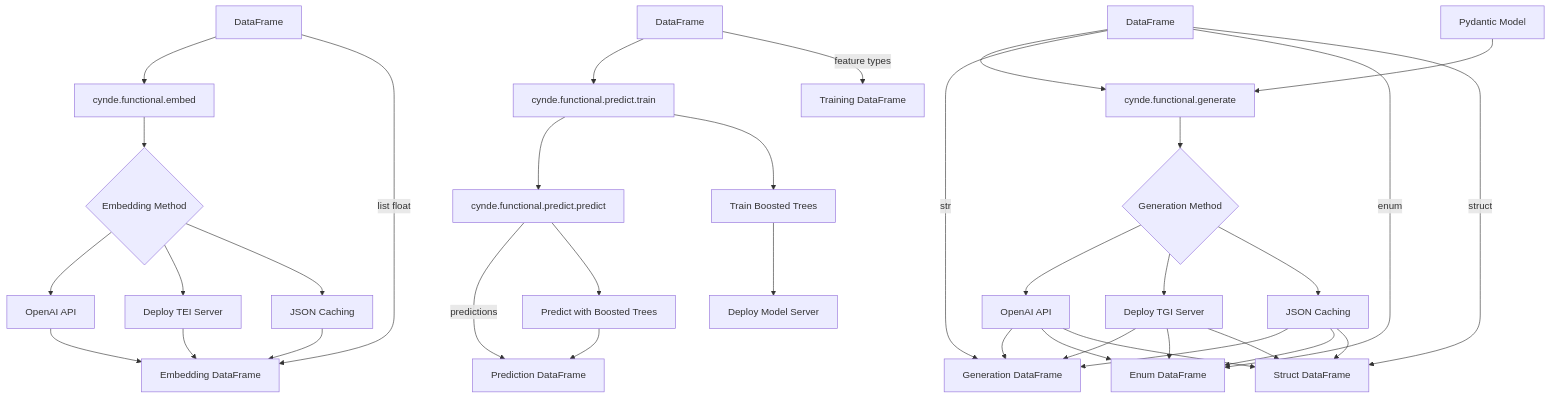
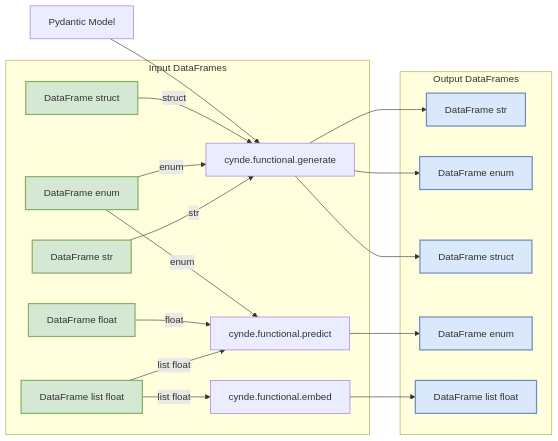
The diagram in drawings.md (Neural-Dragon-AI/Cynde), drawn with Mermaid before and after one commit. The commit also changed other lines of this file, not shown here.

````diff
--- a/drawings.md
+++ b/drawings.md
@@ -3,44 +3,27 @@
 ```mermaid
-graph TD
-    A[DataFrame] --> B[cynde.functional.embed]
-    C[DataFrame] --> D[cynde.functional.generate]
-    E[DataFrame] --> F[cynde.functional.predict.train]
-    F --> G[cynde.functional.predict.predict]
+graph LR
+    subgraph Input DataFrames
+        A[DataFrame str] --> |str| C[cynde.functional.generate]
+        B[DataFrame list float] --> |list float| D[cynde.functional.predict]
+        B --> |list float| E[cynde.functional.embed]
+        F[DataFrame float] --> |float| D
+        G[DataFrame enum] --> |enum| D
+        G --> |enum| C
+        H[DataFrame struct] --> |struct| C
+    end
 
-    H[Pydantic Model] --> D
+    subgraph Output DataFrames
+        C --> I[DataFrame str]
+        C --> J[DataFrame enum]
+        C --> K[DataFrame struct]
+        D --> L[DataFrame enum]
+        E --> M[DataFrame list float]
+    end
 
-    A --> |list float| I[Embedding DataFrame]
-    C --> |str| J[Generation DataFrame]
-    C --> |enum| K[Enum DataFrame]
-    C --> |struct| L[Struct DataFrame]
-    E --> |feature types| M[Training DataFrame]
-    G --> |predictions| N[Prediction DataFrame]
+    N[Pydantic Model] --> C
 
-    B --> O{Embedding Method}
-    O --> P[OpenAI API]
-    O --> Q[Deploy TEI Server]
-    O --> R[JSON Caching]
-    P --> I
-    Q --> I
-    R --> I
-
-    D --> S{Generation Method}
-    S --> T[OpenAI API]
-    S --> U[Deploy TGI Server]
-    S --> V[JSON Caching]
-    T --> J
-    T --> K
-    T --> L
-    U --> J
-    U --> K
-    U --> L
-    V --> J
-    V --> K
-    V --> L
-
-    F --> W[Train Boosted Trees]
-    W --> X[Deploy Model Server]
-
-    G --> Y[Predict with Boosted Trees]
-    Y --> N
+    classDef input fill:#d5e8d4,stroke:#82b366,stroke-width:2px;
+    classDef output fill:#dae8fc,stroke:#6c8ebf,stroke-width:2px;
+    class A,B,F,G,H input;
+    class I,J,K,L,M output;
 ```
````
